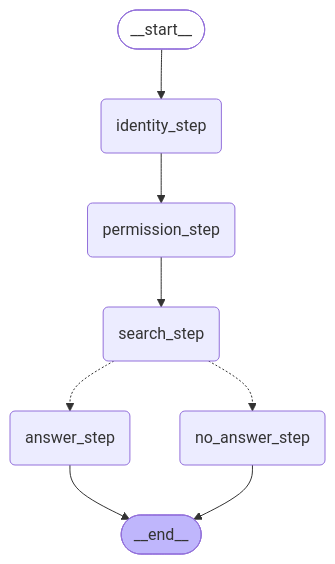
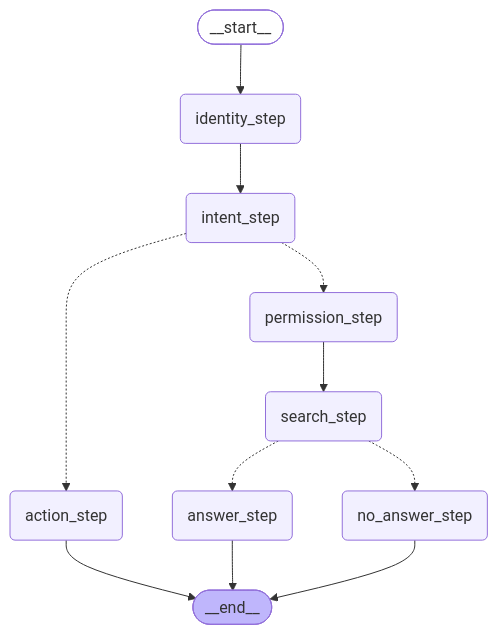
Before and after one commit to ADanUser/corporate-ai-assistant: the diagram in README.md, drawn with Mermaid. The commit also changed other lines of this file, not shown here.

Commit message:
docs: обновлена схема графа, human-in-the-loop и раздел ограничений

````diff
--- a/README.md
+++ b/README.md
@@ -86,19 +86,25 @@
 ```mermaid
 graph TD;
-    __start__([__start__]):::first
-    identity_step(identity_step)
-    permission_step(permission_step)
-    search_step(search_step)
-    answer_step(answer_step)
-    no_answer_step(no_answer_step)
-    __end__([__end__]):::last
-    __start__ --> identity_step;
-    identity_step --> permission_step;
-    permission_step --> search_step;
-    search_step -.-> answer_step;
-    search_step -.-> no_answer_step;
-    answer_step --> __end__;
-    no_answer_step --> __end__;
-    classDef first fill-opacity:0
-    classDef last fill:#bfb6fc
+        __start__([<p>__start__</p>]):::first
+        identity_step(identity_step)
+        intent_step(intent_step)
+        permission_step(permission_step)
+        search_step(search_step)
+        answer_step(answer_step)
+        no_answer_step(no_answer_step)
+        action_step(action_step)
+        __end__([<p>__end__</p>]):::last
+        __start__ --> identity_step;
+        action_step --> __end__;
+        answer_step --> __end__;
+        identity_step --> intent_step;
+        no_answer_step --> __end__;
+        permission_step --> search_step;
+        intent_step -.-> permission_step;
+        intent_step -.-> action_step;
+        search_step -.-> answer_step;
+        search_step -.-> no_answer_step;
+        classDef default fill:#f2f0ff,line-height:1.2
+        classDef first fill-opacity:0
+        classDef last fill:#bfb6fc
 ```
````
